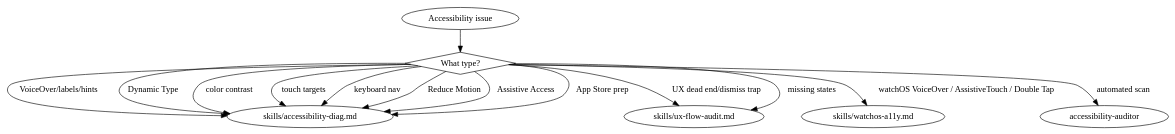
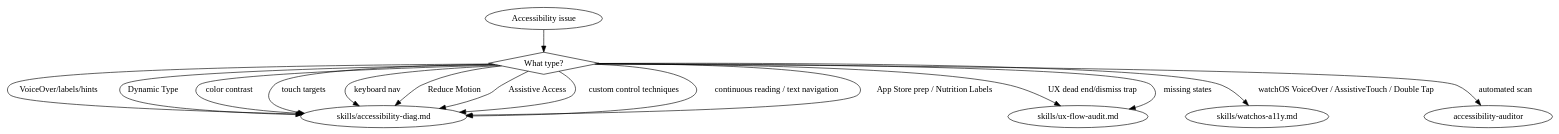
The diagram in .claude-plugin/plugins/axiom/skills/axiom-accessibility/SKILL.md (CharlesWiltgen/Axiom), drawn with Graphviz before and after one commit. The commit also changed other lines of this file and 1 other file, not shown here.

First line of the commit message:
feat(skills): OS27 accessibility — tvOS Dynamic Type, continuous reading, custom-control techniques

````diff
--- a/.claude-plugin/plugins/axiom/skills/axiom-accessibility/SKILL.md
+++ b/.claude-plugin/plugins/axiom/skills/axiom-accessibility/SKILL.md
@@ -38,20 +42,22 @@
 ```dot
 digraph accessibility {
     start [label="Accessibility issue" shape=ellipse];
     what [label="What type?" shape=diamond];
 
     start -> what;
     what -> "skills/accessibility-diag.md" [label="VoiceOver/labels/hints"];
     what -> "skills/accessibility-diag.md" [label="Dynamic Type"];
     what -> "skills/accessibility-diag.md" [label="color contrast"];
     what -> "skills/accessibility-diag.md" [label="touch targets"];
     what -> "skills/accessibility-diag.md" [label="keyboard nav"];
     what -> "skills/accessibility-diag.md" [label="Reduce Motion"];
     what -> "skills/accessibility-diag.md" [label="Assistive Access"];
-    what -> "skills/accessibility-diag.md" [label="App Store prep"];
+    what -> "skills/accessibility-diag.md" [label="custom control techniques"];
+    what -> "skills/accessibility-diag.md" [label="continuous reading / text navigation"];
+    what -> "skills/accessibility-diag.md" [label="App Store prep / Nutrition Labels"];
     what -> "skills/ux-flow-audit.md" [label="UX dead end/dismiss trap"];
     what -> "skills/ux-flow-audit.md" [label="missing states"];
     what -> "skills/watchos-a11y.md" [label="watchOS VoiceOver / AssistiveTouch / Double Tap"];
     what -> "accessibility-auditor" [label="automated scan" shape=box];
 }
 ```
````
